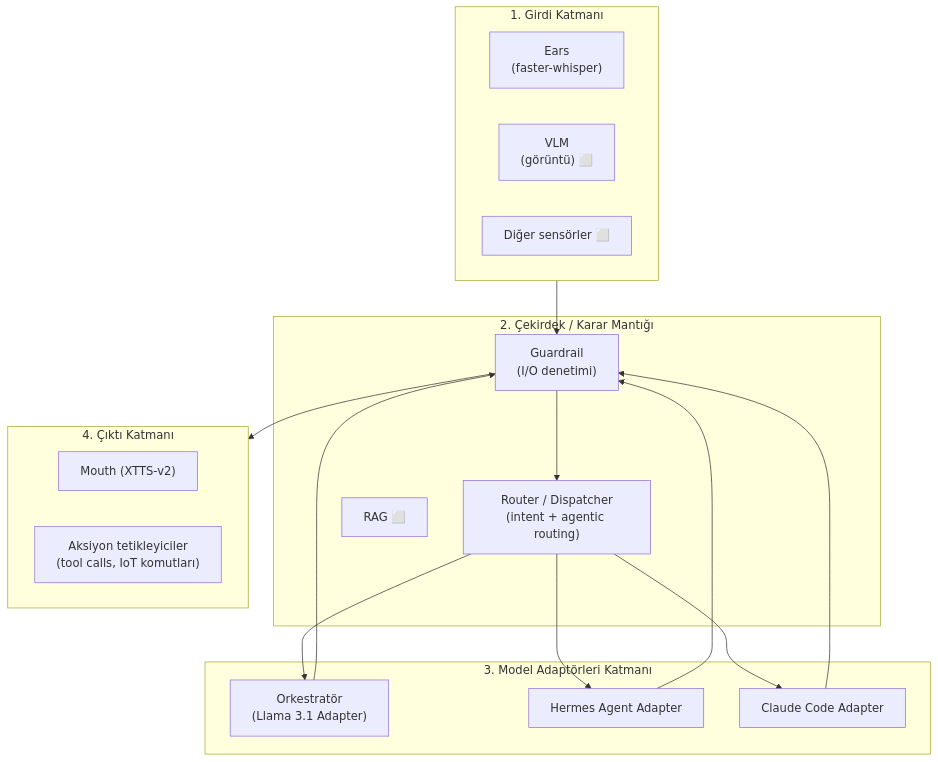
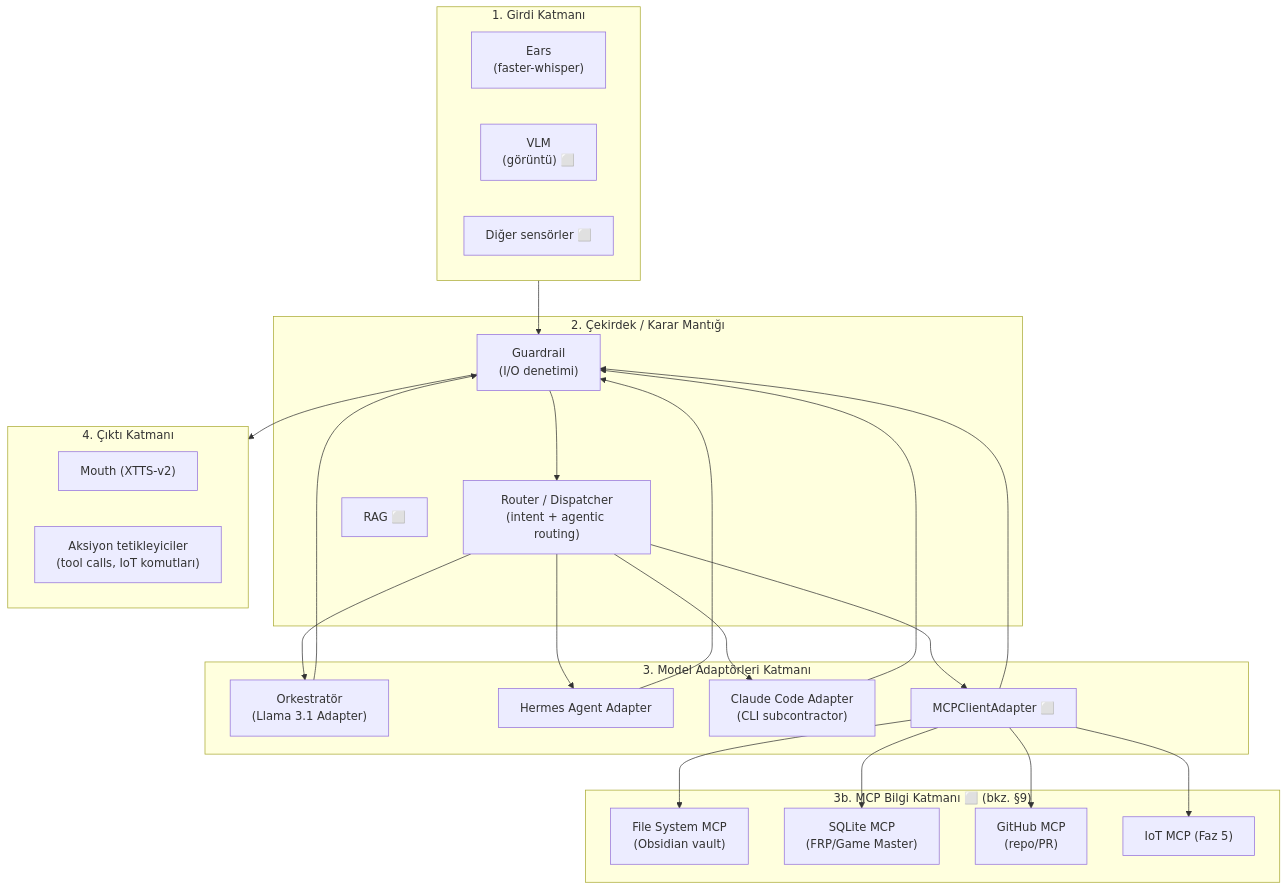
Before and after one commit to MrVoidK/jarvis_project: the first of 6 diagrams in docs/ARCHITECTURE.md, drawn with Mermaid. The commit also changed other lines of this file and 2 other files, not shown here.

First line of the commit message:
docs: Hibrit MCP vizyonunu ARCHITECTURE.md ve ROADMAP.md'ye ekle

````diff
--- a/docs/ARCHITECTURE.md
+++ b/docs/ARCHITECTURE.md
@@ -26,34 +31,48 @@
 ```mermaid
 flowchart TB
     subgraph IN["1. Girdi Katmanı"]
         Ears["Ears\n(faster-whisper)"]
         VLM["VLM\n(görüntü) ⬜"]
         Sensors["Diğer sensörler ⬜"]
     end
 
     subgraph CORE["2. Çekirdek / Karar Mantığı"]
         Guard["Guardrail\n(I/O denetimi)"]
         Router["Router / Dispatcher\n(intent + agentic routing)"]
         RAG["RAG ⬜"]
     end
 
     subgraph ADAPT["3. Model Adaptörleri Katmanı"]
         Orchestrator["Orkestratör\n(Llama 3.1 Adapter)"]
         Hermes["Hermes Agent Adapter"]
-        ClaudeAdapter["Claude Code Adapter"]
+        ClaudeAdapter["Claude Code Adapter\n(CLI subcontractor)"]
+        MCPAdapter["MCPClientAdapter ⬜"]
+    end
+
+    subgraph MCP["3b. MCP Bilgi Katmanı ⬜ (bkz. §9)"]
+        FSMCP["File System MCP\n(Obsidian vault)"]
+        SQLiteMCP["SQLite MCP\n(FRP/Game Master)"]
+        GitHubMCP["GitHub MCP\n(repo/PR)"]
+        IoTMCP["IoT MCP (Faz 5)"]
     end
 
     subgraph OUT["4. Çıktı Katmanı"]
         Mouth["Mouth (XTTS-v2)"]
         Actions["Aksiyon tetikleyiciler\n(tool calls, IoT komutları)"]
     end
 
     IN --> Guard --> Router
     Router --> Orchestrator
     Router --> Hermes
     Router --> ClaudeAdapter
+    Router --> MCPAdapter
+    MCPAdapter --> FSMCP
+    MCPAdapter --> SQLiteMCP
+    MCPAdapter --> GitHubMCP
+    MCPAdapter --> IoTMCP
     Orchestrator --> Guard
     Hermes --> Guard
     ClaudeAdapter --> Guard
+    MCPAdapter --> Guard
     Guard --> OUT
 ```
````
